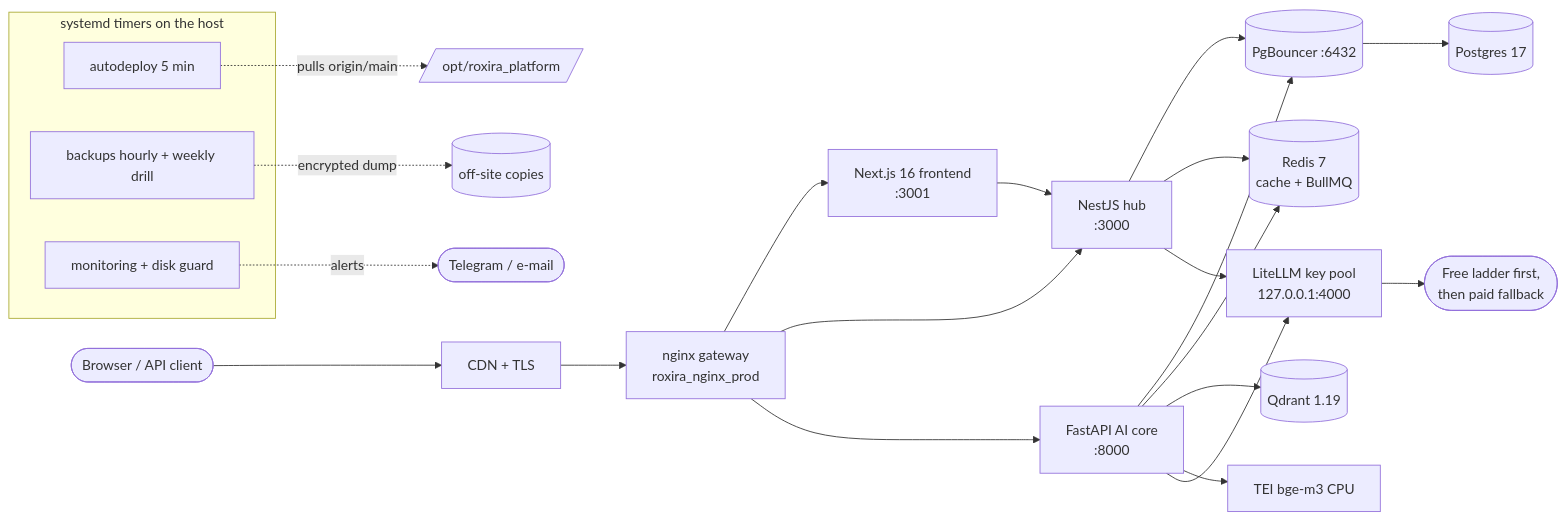
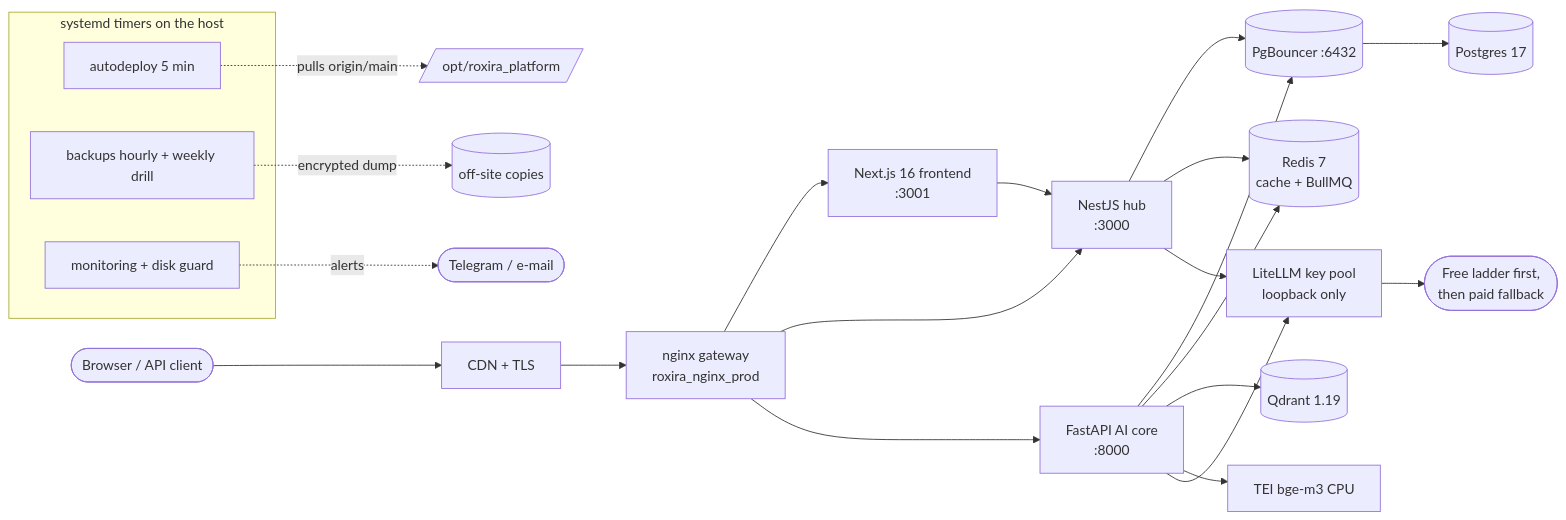
The first of 4 diagrams in docs/ARCHITECTURE.md (Mahan-film/roxira-platform), drawn with Mermaid before and after one commit.

Commit message:
docs: drop loopback address from architecture diagram

````diff
--- a/docs/ARCHITECTURE.md
+++ b/docs/ARCHITECTURE.md
@@ -16,27 +16,27 @@
 ```mermaid
 flowchart LR
   user([Browser / API client]) --> cdn[CDN + TLS]
   cdn --> nginx[nginx gateway<br/>roxira_nginx_prod]
   nginx --> fe[Next.js 16 frontend<br/>:3001]
   nginx --> hub[NestJS hub<br/>:3000]
   nginx --> ai[FastAPI AI core<br/>:8000]
   fe --> hub
   hub --> pgb[(PgBouncer :6432)]
   ai --> pgb
   pgb --> pg[(Postgres 17)]
   hub --> redis[(Redis 7<br/>cache + BullMQ)]
   ai --> redis
   ai --> qd[(Qdrant 1.19)]
   ai --> tei[TEI bge-m3 CPU]
-  ai --> kp[LiteLLM key pool<br/>127.0.0.1:4000]
+  ai --> kp[LiteLLM key pool<br/>loopback only]
   hub --> kp
   kp --> llm([Free ladder first,<br/>then paid fallback])
   subgraph timers [systemd timers on the host]
     ad[autodeploy 5 min]
     bk[backups hourly + weekly drill]
     mon[monitoring + disk guard]
   end
   ad -. pulls origin/main .-> repo[/opt/roxira_platform/]
   bk -. encrypted dump .-> off[(off-site copies)]
   mon -. alerts .-> tg([Telegram / e-mail])
 ```
````
